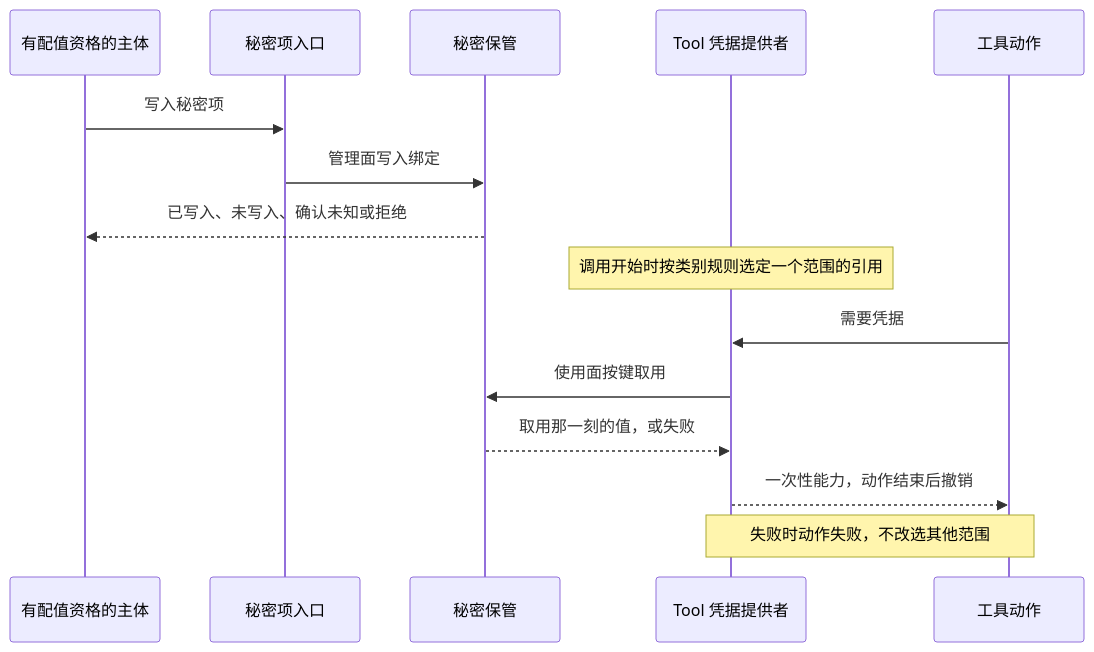
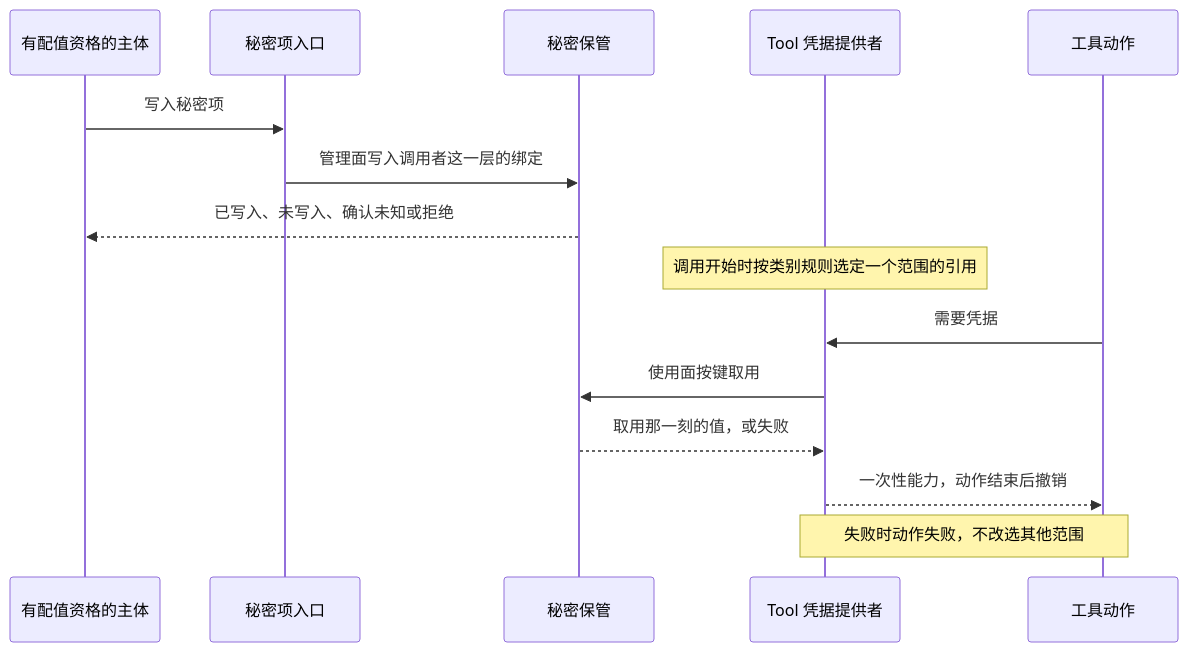
One commit to nemori-ai/omne-harness-lite changed the fourth of 4 diagrams in docs/domains/assets-and-rules/architecture.md. Above: the diagram before and after it, drawn with Mermaid. The commit also changed other lines of this file and 15 other files, not shown here.

````diff
--- a/docs/domains/assets-and-rules/architecture.md
+++ b/docs/domains/assets-and-rules/architecture.md
@@ -91,17 +97,17 @@
 ```mermaid
 sequenceDiagram
   participant U as 有配值资格的主体
   participant E as 秘密项入口
   participant K as 秘密保管
   participant T as Tool 凭据提供者
   participant W as 工具动作
   U->>E: 写入秘密项
-  E->>K: 管理面写入绑定
+  E->>K: 管理面写入调用者这一层的绑定
   K-->>U: 已写入、未写入、确认未知或拒绝
   Note over T: 调用开始时按类别规则选定一个范围的引用
   W->>T: 需要凭据
   T->>K: 使用面按键取用
   K-->>T: 取用那一刻的值，或失败
   T-->>W: 一次性能力，动作结束后撤销
   Note over T,W: 失败时动作失败，不改选其他范围
 ```
````
